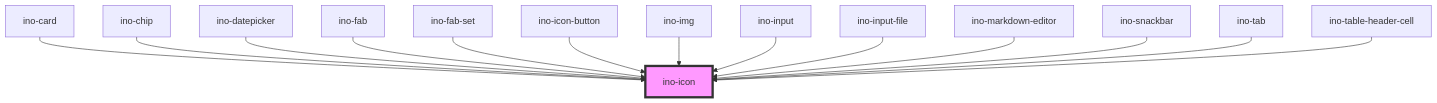
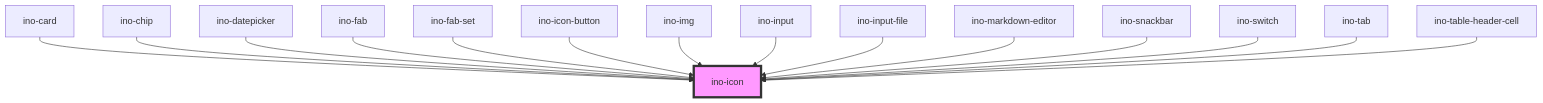
One commit to inovex/elements changed the diagram in packages/elements/src/components/ino-icon/readme.md. Above: the diagram before and after it, drawn with Mermaid. The commit also changed other lines of this file and 2 other files, not shown here.

Commit message:
chore: auto-generated

````diff
--- a/packages/elements/src/components/ino-icon/readme.md
+++ b/packages/elements/src/components/ino-icon/readme.md
@@ -141,17 +142,18 @@
 ```mermaid
 graph TD;
   ino-card --> ino-icon
   ino-chip --> ino-icon
   ino-datepicker --> ino-icon
   ino-fab --> ino-icon
   ino-fab-set --> ino-icon
   ino-icon-button --> ino-icon
   ino-img --> ino-icon
   ino-input --> ino-icon
   ino-input-file --> ino-icon
   ino-markdown-editor --> ino-icon
   ino-snackbar --> ino-icon
+  ino-switch --> ino-icon
   ino-tab --> ino-icon
   ino-table-header-cell --> ino-icon
   style ino-icon fill:#f9f,stroke:#333,stroke-width:4px
 ```
````
